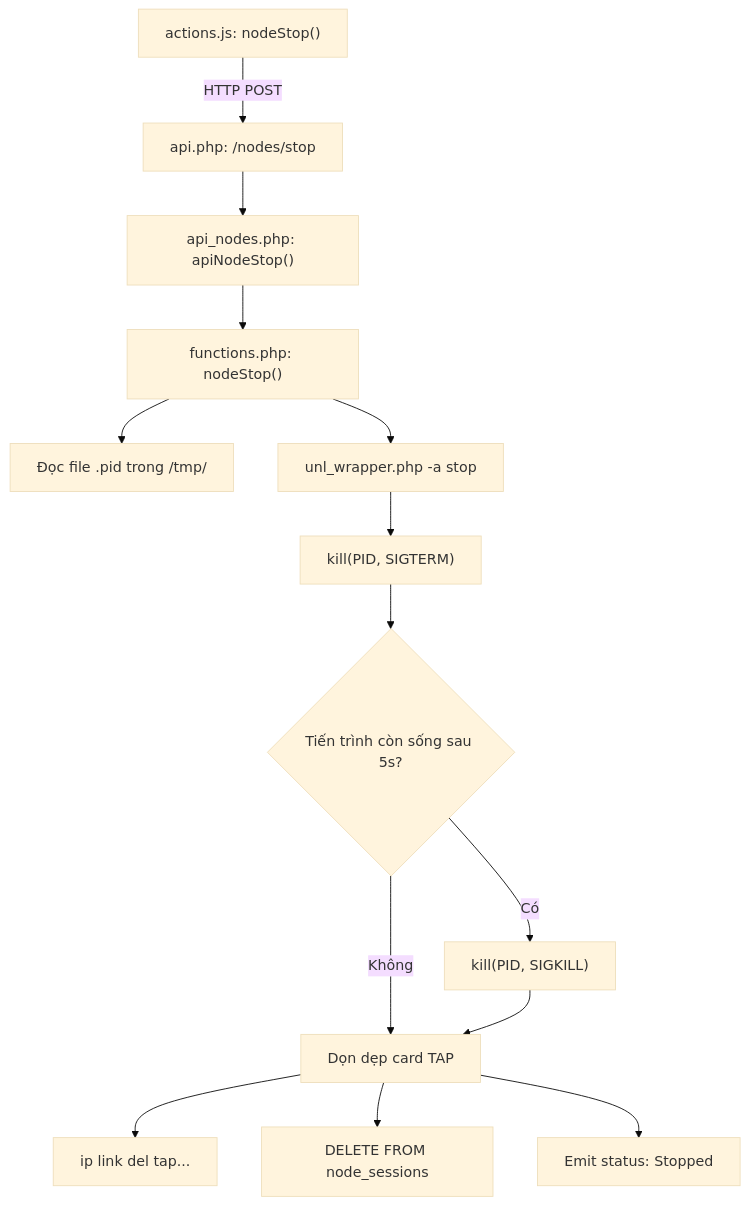
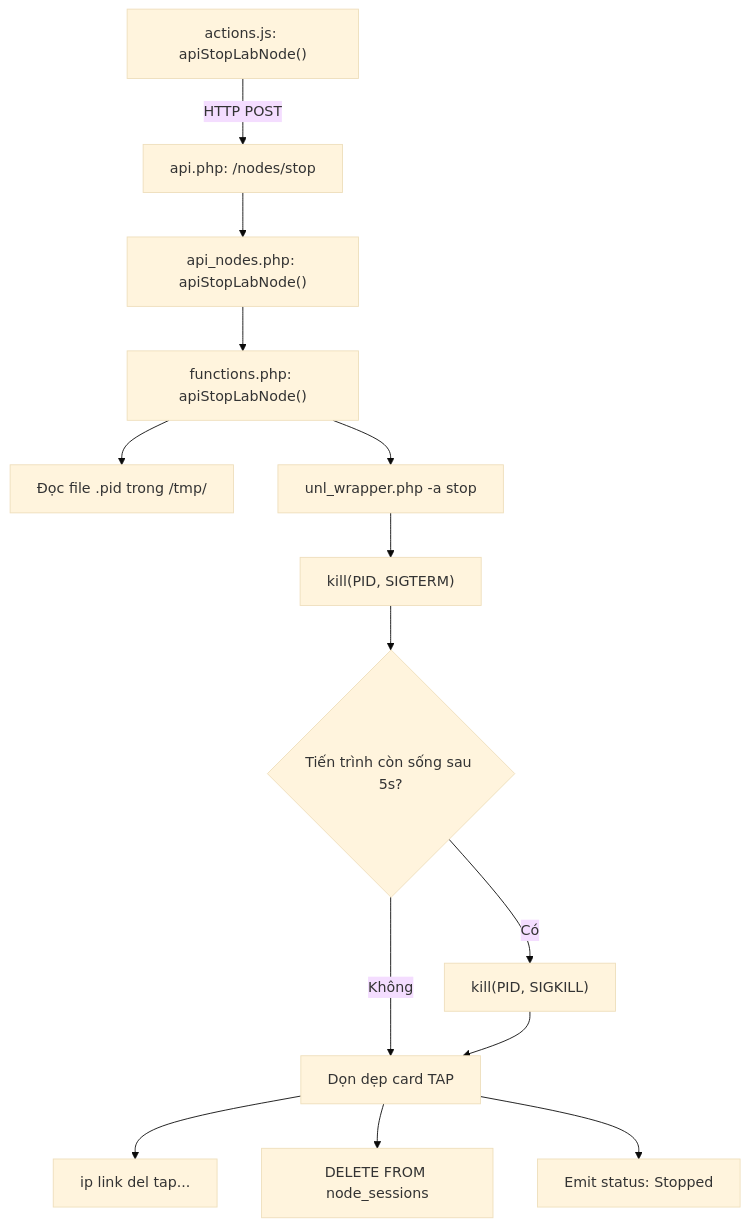
Before and after one commit to Luuxinhxinh/pnet-v8: the diagram in docs/03-diagrams/f03-node-stop-kill-callgraph.md, drawn with Mermaid (base theme). The commit also changed 39 other files, not shown here.

````diff
--- a/docs/03-diagrams/f03-node-stop-kill-callgraph.md
+++ b/docs/03-diagrams/f03-node-stop-kill-callgraph.md
@@ -9,16 +9,16 @@
 ```mermaid
 graph TD
-    UI["actions.js: nodeStop()"] -->|HTTP POST| API["api.php: /nodes/stop"]
-    API --> NODE_API["api_nodes.php: apiNodeStop()"]
-    NODE_API --> FUNC_STOP["functions.php: nodeStop()"]
+    UI["actions.js: apiStopLabNode()"] -->|HTTP POST| API["api.php: /nodes/stop"]
+    API --> NODE_API["api_nodes.php: apiStopLabNode()"]
+    NODE_API --> FUNC_STOP["functions.php: apiStopLabNode()"]
     FUNC_STOP --> READ_PID["Đọc file .pid trong /tmp/"]
     FUNC_STOP --> WRAPPER["unl_wrapper.php -a stop"]
     WRAPPER --> SIG_TERM["kill(PID, SIGTERM)"]
     SIG_TERM --> CHECK_ALIVE{"Tiến trình còn sống sau 5s?"}
     CHECK_ALIVE -- Có --> SIG_KILL["kill(PID, SIGKILL)"]
     CHECK_ALIVE -- Không --> CLEAN_NET["Dọn dẹp card TAP"]
     SIG_KILL --> CLEAN_NET
     CLEAN_NET --> DEL_TAP["ip link del tap..."]
     CLEAN_NET --> DEL_DB["DELETE FROM node_sessions"]
     CLEAN_NET --> SSE_NOTIF["Emit status: Stopped"]
 ```
````
